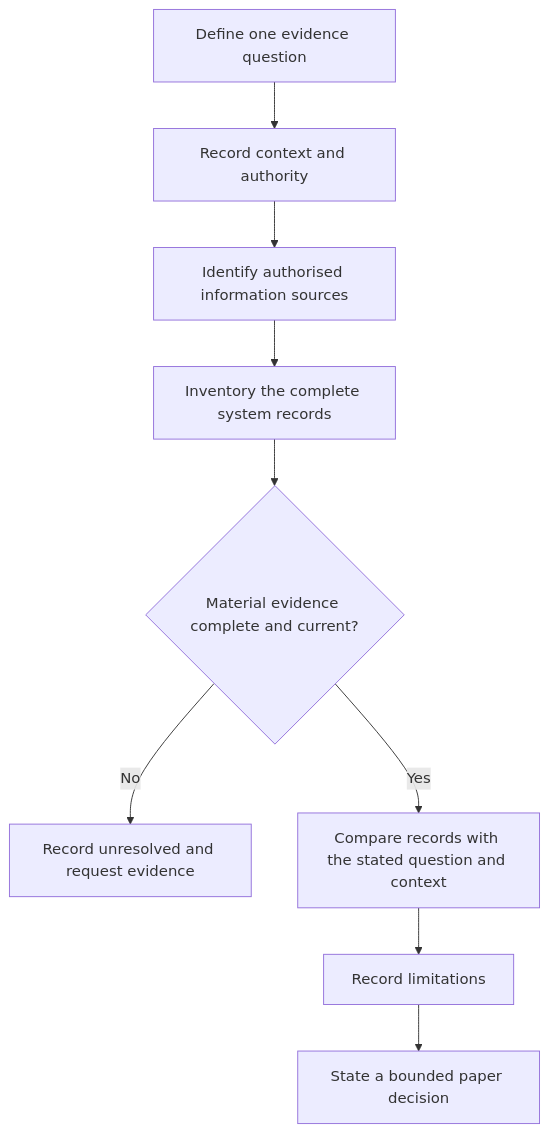
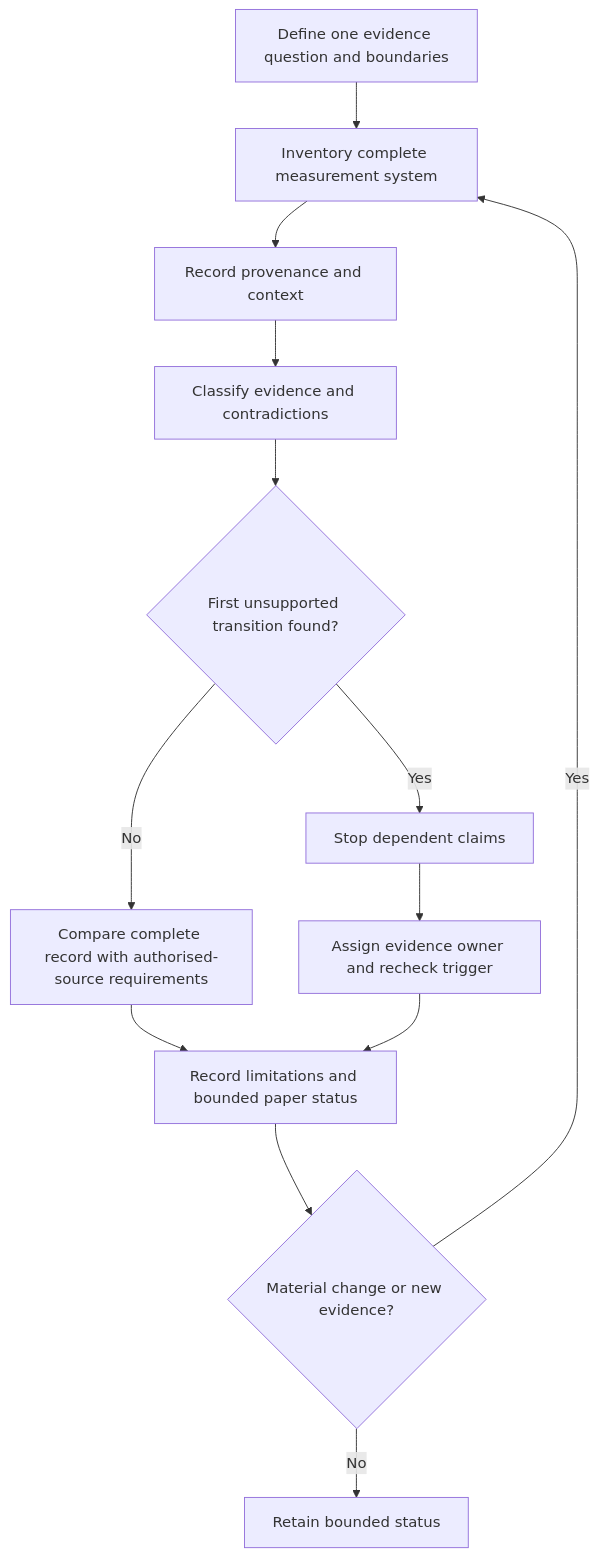
One commit to andrew3stedall/capstone changed the first of 2 diagrams in docs/learning-plans/12-week/modules/day-60-instrument-suitability-limitations-and-pre-use-evidence.md. Above: the diagram before and after it, drawn with Mermaid. The commit also changed other lines of this file and 3 other files, not shown here.

````diff
--- a/docs/learning-plans/12-week/modules/day-60-instrument-suitability-limitations-and-pre-use-evidence.md
+++ b/docs/learning-plans/12-week/modules/day-60-instrument-suitability-limitations-and-pre-use-evidence.md
@@ -85,11 +98,15 @@
 ```mermaid
 flowchart TD
-  A[Define one evidence question] --> B[Record context and authority]
-  B --> C[Identify authorised information sources]
-  C --> D[Inventory the complete system records]
-  D --> E{Material evidence complete and current?}
-  E -->|No| F[Record unresolved and request evidence]
-  E -->|Yes| G[Compare records with the stated question and context]
-  G --> H[Record limitations]
-  H --> I[State a bounded paper decision]
+  A[Define one evidence question and boundaries] --> B[Inventory complete measurement system]
+  B --> C[Record provenance and context]
+  C --> D[Classify evidence and contradictions]
+  D --> E{First unsupported transition found?}
+  E -->|Yes| F[Stop dependent claims]
+  F --> G[Assign evidence owner and recheck trigger]
+  E -->|No| H[Compare complete record with authorised-source requirements]
+  H --> I[Record limitations and bounded paper status]
+  G --> I
+  I --> J{Material change or new evidence?}
+  J -->|Yes| B
+  J -->|No| K[Retain bounded status]
 ```
````
